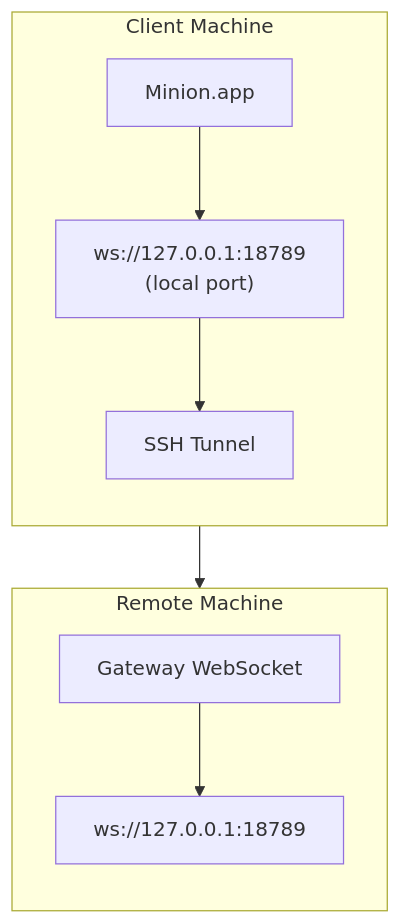
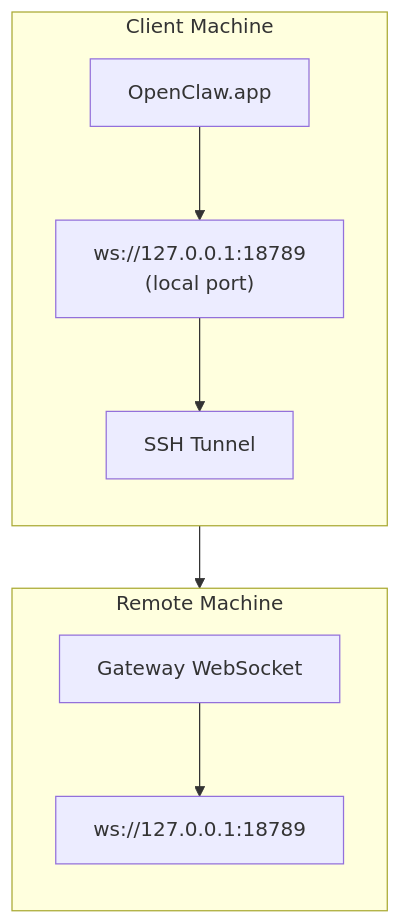
One commit to NikolasP98/openclaw changed the diagram in docs/gateway/remote-gateway-readme.md. Above: the diagram before and after it, drawn with Mermaid. The commit also changed other lines of this file and 58 other files, not shown here.

First line of the commit message:
fix: restore native app path references (OpenClawKit, OpenClaw.app)

````diff
--- a/docs/gateway/remote-gateway-readme.md
+++ b/docs/gateway/remote-gateway-readme.md
@@ -13,20 +13,20 @@
 ```mermaid
 flowchart TB
     subgraph Client["Client Machine"]
         direction TB
-        A["Minion.app"]
+        A["OpenClaw.app"]
         B["ws://127.0.0.1:18789\n(local port)"]
         T["SSH Tunnel"]
 
         A --> B
         B --> T
     end
     subgraph Remote["Remote Machine"]
         direction TB
         C["Gateway WebSocket"]
         D["ws://127.0.0.1:18789"]
 
         C --> D
     end
     T --> C
 ```
````
